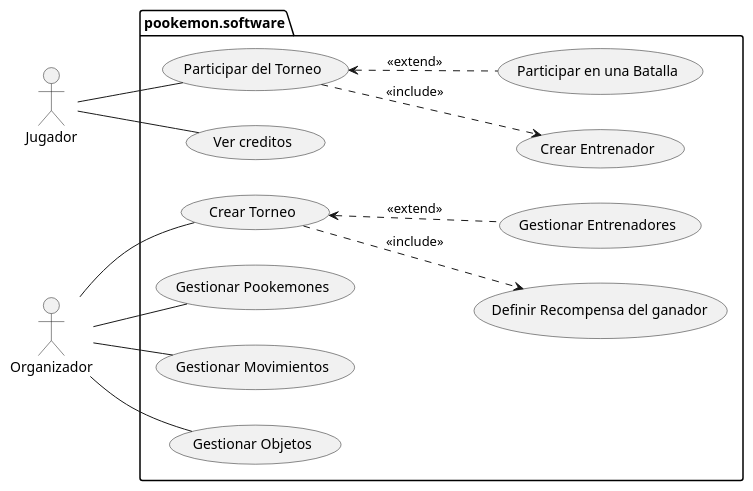
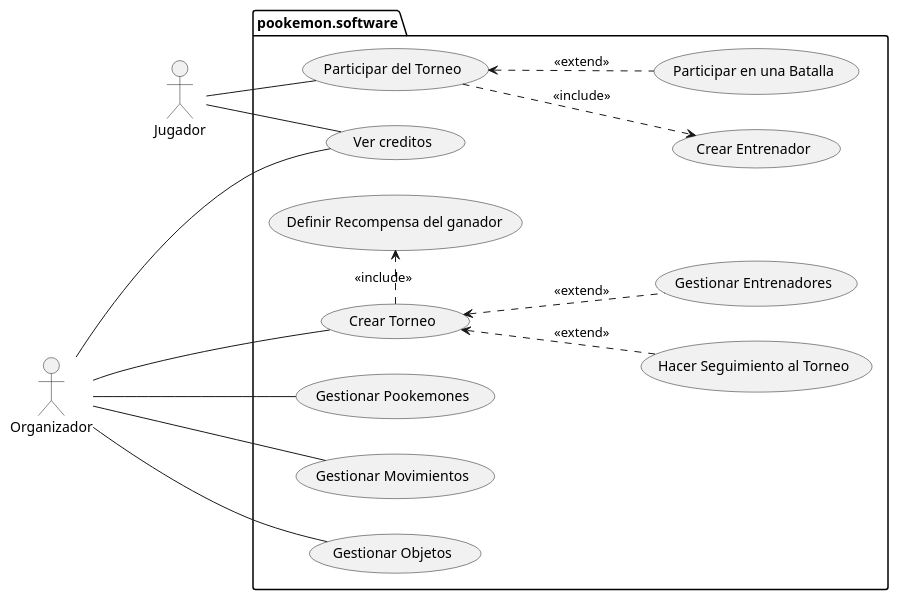
One commit to Edmh1/Poo-Kemon-proyecto changed the diagram in 5 diagramas de casos de uso/Casos de usos (Nivel 0).plantuml. Above: the diagram before and after it, drawn with PlantUML.

Commit message:
nuevo caso de uso en diagrama nivel 0

```diff
--- a/5 diagramas de casos de uso/Casos de usos (Nivel 0).plantuml
+++ b/5 diagramas de casos de uso/Casos de usos (Nivel 0).plantuml
@@ -1,38 +1,43 @@
 @startuml casos_de_uso_nivel_0
 
 left to right direction
 
 actor Jugador 
 actor Organizador 
 
 package "pookemon.software" {
     
     usecase "Participar del Torneo" as parTor
     usecase "Crear Entrenador" as creEnt
     usecase "Participar en una Batalla" as parBat
 
     usecase "Ver creditos" as verCre
 
     usecase "Crear Torneo" as creTor
+    usecase "Hacer Seguimiento al Torneo" as hacSeg
     usecase "Definir Recompensa del ganador" as defRec
     usecase "Gestionar Pookemones" as gesPoo
     usecase "Gestionar Movimientos" as gesMov
     usecase "Gestionar Entrenadores" as gesEnt
     usecase "Gestionar Objetos" as gesObj
 }
 
 Jugador -- verCre
 
 Jugador -- parTor
 parTor ..> creEnt:<<include>>
-
 parTor <.. parBat:<<extend>>
 
+Organizador --- verCre
+
 Organizador -- creTor
+creTor .> defRec:<<include>>
+creTor <.. gesEnt:<<extend>>
+creTor <.. hacSeg:<<extend>>
+
+
 Organizador -- gesPoo
 Organizador -- gesObj
 Organizador -- gesMov
-creTor ..> defRec:<<include>>
-creTor <.. gesEnt:<<extend>>
 
 @enduml
```
